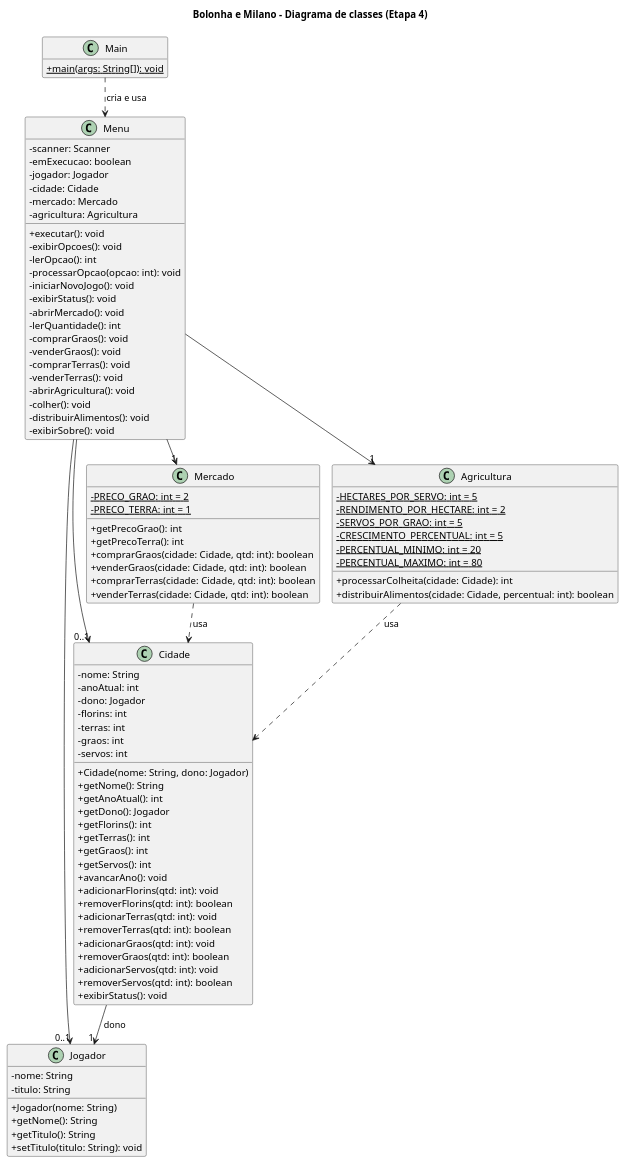
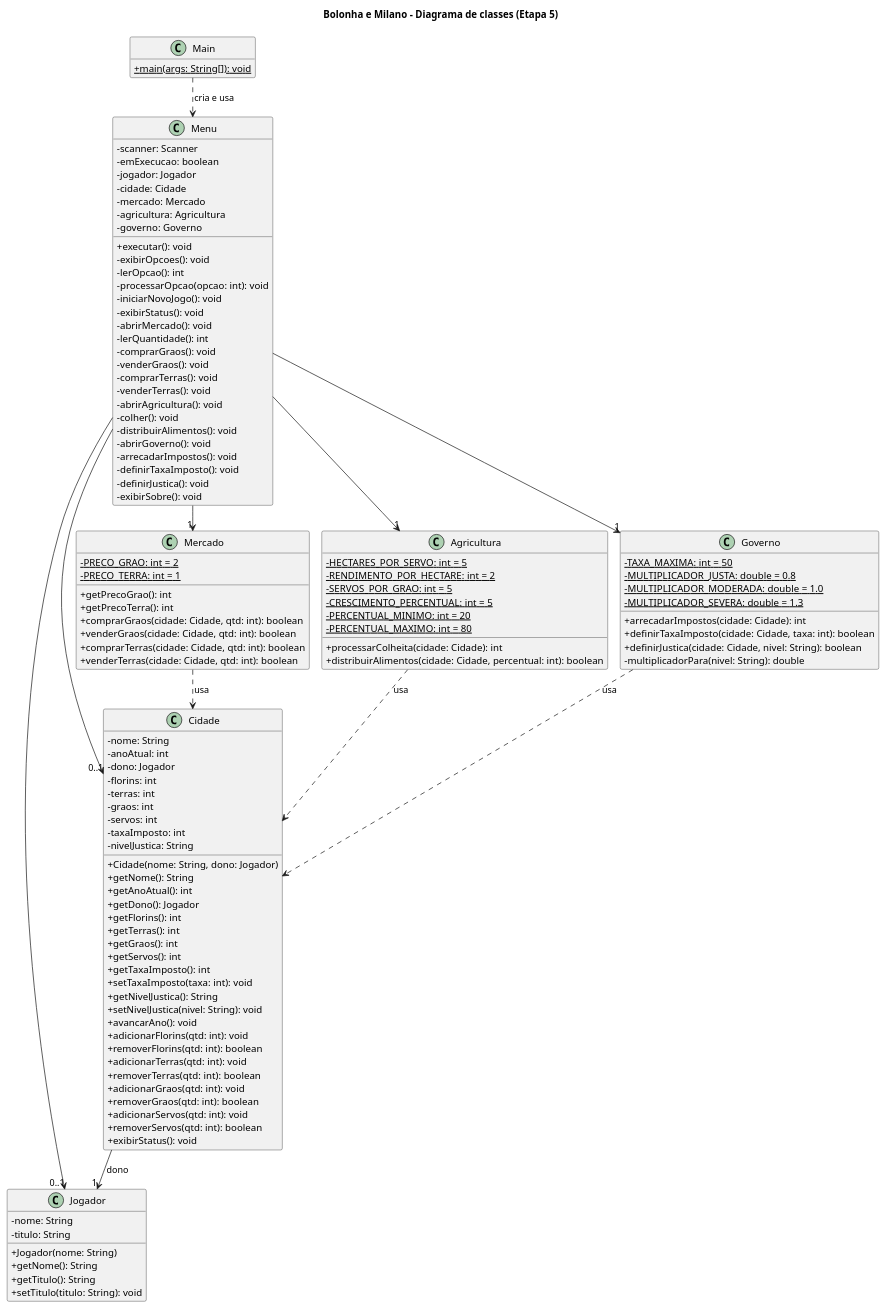
The diagram in uml/diagrama-classes.puml (JoaoPauloQC/bolonha-milano), drawn with PlantUML before and after one commit. The commit also changed 3 other files, not shown here.

Commit message:
etapa 5: diagramas atualizados

```diff
--- a/uml/diagrama-classes.puml
+++ b/uml/diagrama-classes.puml
@@ -1,103 +1,127 @@
 @startuml diagrama-classes
 !pragma layout smetana
-title Bolonha e Milano - Diagrama de classes (Etapa 4)
+title Bolonha e Milano - Diagrama de classes (Etapa 5)
 skinparam classAttributeIconSize 0
 hide empty members
 
 class Main {
   + {static} main(args: String[]): void
 }
 
 class Menu {
   - scanner: Scanner
   - emExecucao: boolean
   - jogador: Jogador
   - cidade: Cidade
   - mercado: Mercado
   - agricultura: Agricultura
+  - governo: Governo
   + executar(): void
   - exibirOpcoes(): void
   - lerOpcao(): int
   - processarOpcao(opcao: int): void
   - iniciarNovoJogo(): void
   - exibirStatus(): void
   - abrirMercado(): void
   - lerQuantidade(): int
   - comprarGraos(): void
   - venderGraos(): void
   - comprarTerras(): void
   - venderTerras(): void
   - abrirAgricultura(): void
   - colher(): void
   - distribuirAlimentos(): void
+  - abrirGoverno(): void
+  - arrecadarImpostos(): void
+  - definirTaxaImposto(): void
+  - definirJustica(): void
   - exibirSobre(): void
 }
 
 class Jogador {
   - nome: String
   - titulo: String
   + Jogador(nome: String)
   + getNome(): String
   + getTitulo(): String
   + setTitulo(titulo: String): void
 }
 
 class Cidade {
   - nome: String
   - anoAtual: int
   - dono: Jogador
   - florins: int
   - terras: int
   - graos: int
   - servos: int
+  - taxaImposto: int
+  - nivelJustica: String
   + Cidade(nome: String, dono: Jogador)
   + getNome(): String
   + getAnoAtual(): int
   + getDono(): Jogador
   + getFlorins(): int
   + getTerras(): int
   + getGraos(): int
   + getServos(): int
+  + getTaxaImposto(): int
+  + setTaxaImposto(taxa: int): void
+  + getNivelJustica(): String
+  + setNivelJustica(nivel: String): void
   + avancarAno(): void
   + adicionarFlorins(qtd: int): void
   + removerFlorins(qtd: int): boolean
   + adicionarTerras(qtd: int): void
   + removerTerras(qtd: int): boolean
   + adicionarGraos(qtd: int): void
   + removerGraos(qtd: int): boolean
   + adicionarServos(qtd: int): void
   + removerServos(qtd: int): boolean
   + exibirStatus(): void
 }
 
 class Mercado {
   - {static} PRECO_GRAO: int = 2
   - {static} PRECO_TERRA: int = 1
   + getPrecoGrao(): int
   + getPrecoTerra(): int
   + comprarGraos(cidade: Cidade, qtd: int): boolean
   + venderGraos(cidade: Cidade, qtd: int): boolean
   + comprarTerras(cidade: Cidade, qtd: int): boolean
   + venderTerras(cidade: Cidade, qtd: int): boolean
 }
 
 class Agricultura {
   - {static} HECTARES_POR_SERVO: int = 5
   - {static} RENDIMENTO_POR_HECTARE: int = 2
   - {static} SERVOS_POR_GRAO: int = 5
   - {static} CRESCIMENTO_PERCENTUAL: int = 5
   - {static} PERCENTUAL_MINIMO: int = 20
   - {static} PERCENTUAL_MAXIMO: int = 80
   + processarColheita(cidade: Cidade): int
   + distribuirAlimentos(cidade: Cidade, percentual: int): boolean
 }
 
+class Governo {
+  - {static} TAXA_MAXIMA: int = 50
+  - {static} MULTIPLICADOR_JUSTA: double = 0.8
+  - {static} MULTIPLICADOR_MODERADA: double = 1.0
+  - {static} MULTIPLICADOR_SEVERA: double = 1.3
+  + arrecadarImpostos(cidade: Cidade): int
+  + definirTaxaImposto(cidade: Cidade, taxa: int): boolean
+  + definirJustica(cidade: Cidade, nivel: String): boolean
+  - multiplicadorPara(nivel: String): double
+}
+
 Main ..> Menu : cria e usa
 Menu --> "0..1" Jogador
 Menu --> "0..1" Cidade
 Menu --> "1" Mercado
 Menu --> "1" Agricultura
+Menu --> "1" Governo
 Cidade --> "1" Jogador : dono
 Mercado ..> Cidade : usa
 Agricultura ..> Cidade : usa
+Governo ..> Cidade : usa
 @enduml
```
